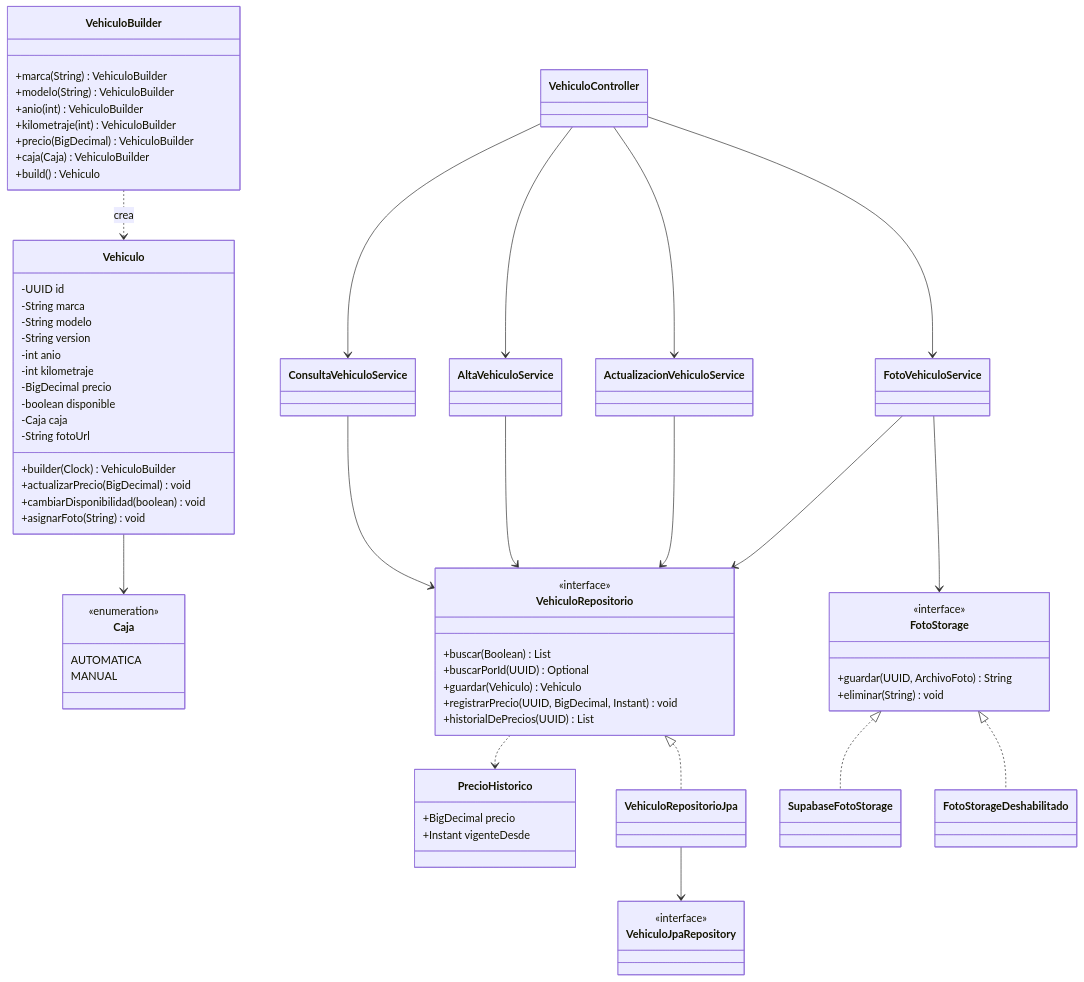
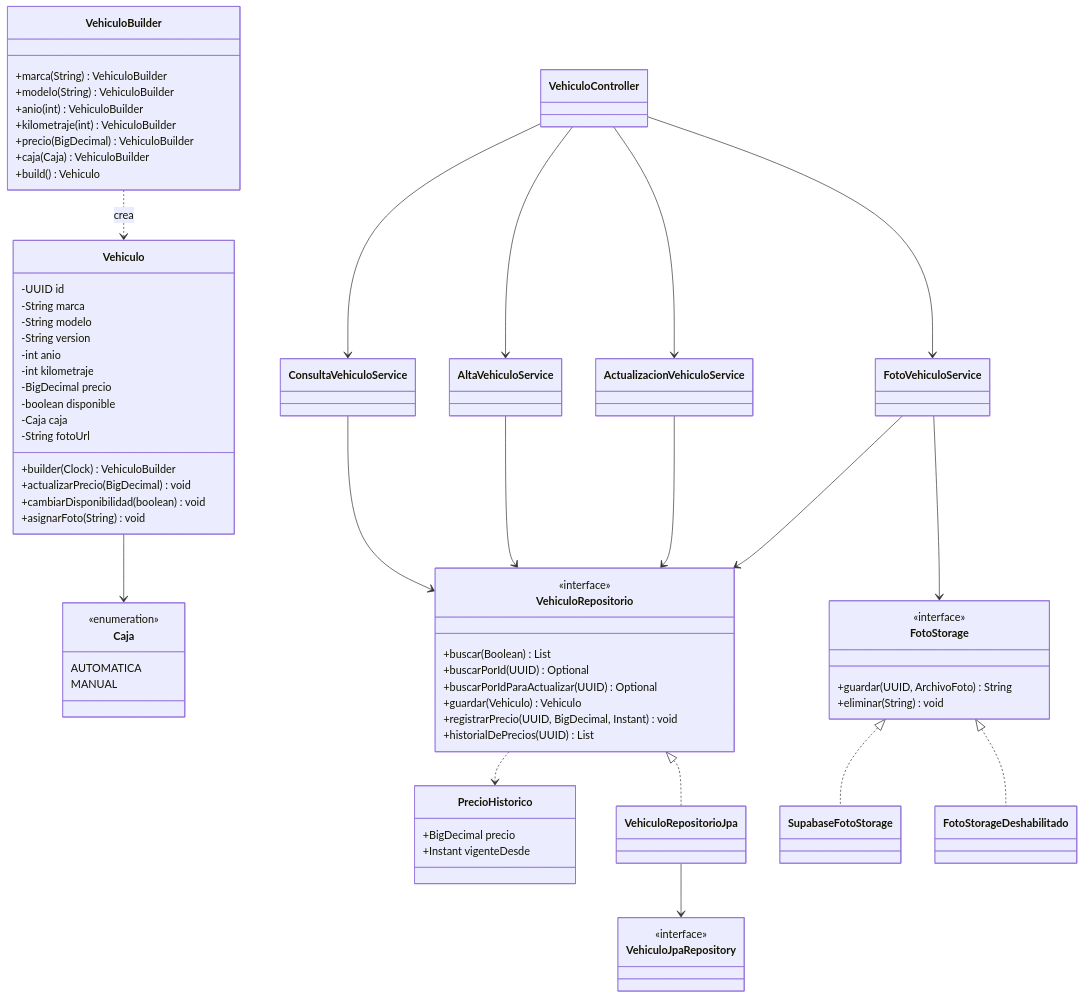
The diagram in docs/arquitectura.md (naimgaunaa/VehiculosMicroservice), drawn with Mermaid before and after one commit. The commit also changed other lines of this file and 16 other files, not shown here.

````diff
--- a/docs/arquitectura.md
+++ b/docs/arquitectura.md
@@ -316,78 +318,79 @@
 ```mermaid
 classDiagram
     class Vehiculo {
         -UUID id
         -String marca
         -String modelo
         -String version
         -int anio
         -int kilometraje
         -BigDecimal precio
         -boolean disponible
         -Caja caja
         -String fotoUrl
         +builder(Clock) VehiculoBuilder
         +actualizarPrecio(BigDecimal) void
         +cambiarDisponibilidad(boolean) void
         +asignarFoto(String) void
     }
     class VehiculoBuilder {
         +marca(String) VehiculoBuilder
         +modelo(String) VehiculoBuilder
         +anio(int) VehiculoBuilder
         +kilometraje(int) VehiculoBuilder
         +precio(BigDecimal) VehiculoBuilder
         +caja(Caja) VehiculoBuilder
         +build() Vehiculo
     }
     class Caja {
         <<enumeration>>
         AUTOMATICA
         MANUAL
     }
     class VehiculoRepositorio {
         <<interface>>
         +buscar(Boolean) List
         +buscarPorId(UUID) Optional
+        +buscarPorIdParaActualizar(UUID) Optional
         +guardar(Vehiculo) Vehiculo
         +registrarPrecio(UUID, BigDecimal, Instant) void
         +historialDePrecios(UUID) List
     }
     class PrecioHistorico {
         +BigDecimal precio
         +Instant vigenteDesde
     }
     class VehiculoRepositorioJpa
     class VehiculoJpaRepository {
         <<interface>>
     }
     class FotoStorage {
         <<interface>>
         +guardar(UUID, ArchivoFoto) String
         +eliminar(String) void
     }
     class SupabaseFotoStorage
     class FotoStorageDeshabilitado
     class ConsultaVehiculoService
     class AltaVehiculoService
     class ActualizacionVehiculoService
     class FotoVehiculoService
     class VehiculoController
 
     VehiculoBuilder ..> Vehiculo : crea
     Vehiculo --> Caja
     VehiculoRepositorio <|.. VehiculoRepositorioJpa
     VehiculoRepositorio ..> PrecioHistorico
     VehiculoRepositorioJpa --> VehiculoJpaRepository
     FotoStorage <|.. SupabaseFotoStorage
     FotoStorage <|.. FotoStorageDeshabilitado
     VehiculoController --> ConsultaVehiculoService
     VehiculoController --> AltaVehiculoService
     VehiculoController --> ActualizacionVehiculoService
     VehiculoController --> FotoVehiculoService
     ConsultaVehiculoService --> VehiculoRepositorio
     AltaVehiculoService --> VehiculoRepositorio
     ActualizacionVehiculoService --> VehiculoRepositorio
     FotoVehiculoService --> VehiculoRepositorio
     FotoVehiculoService --> FotoStorage
 ```
````
